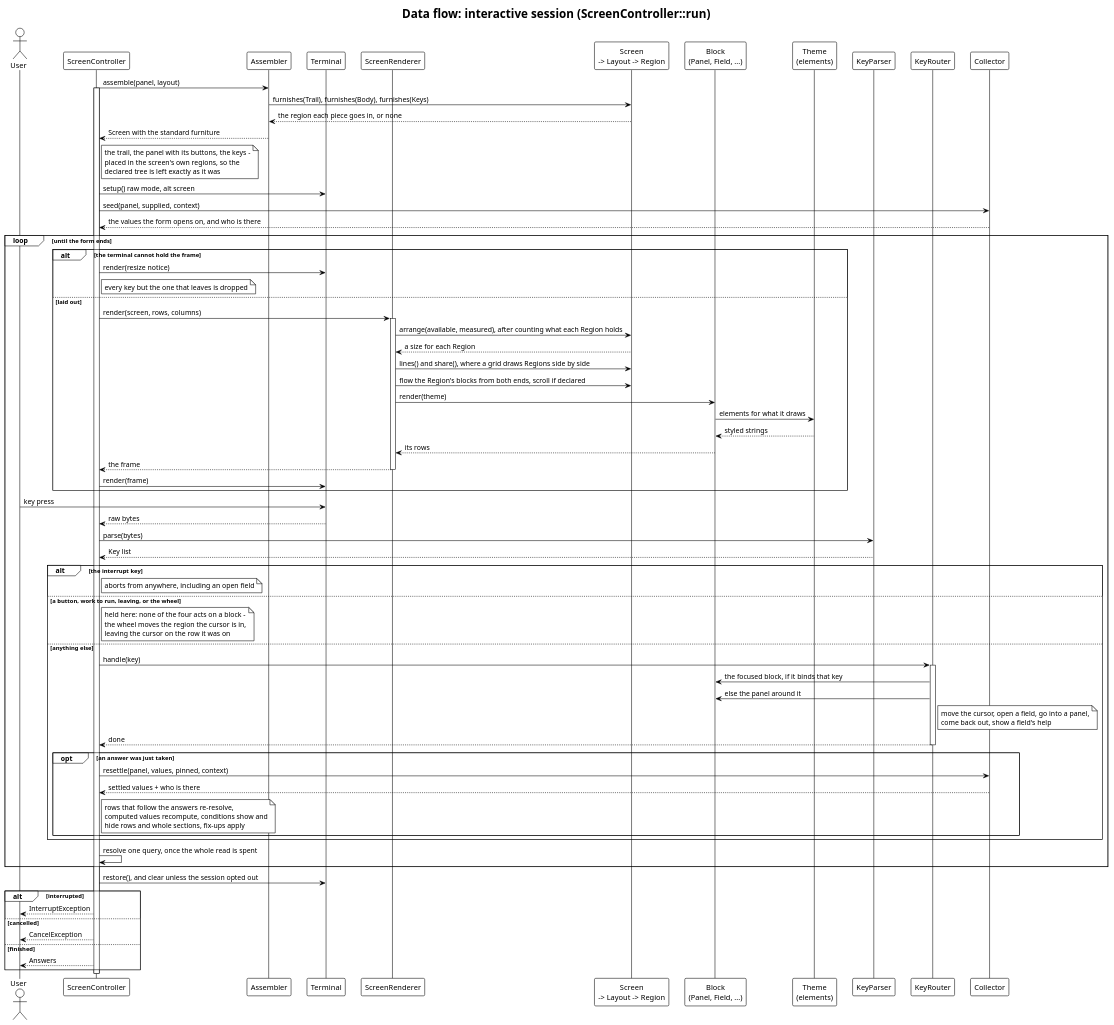
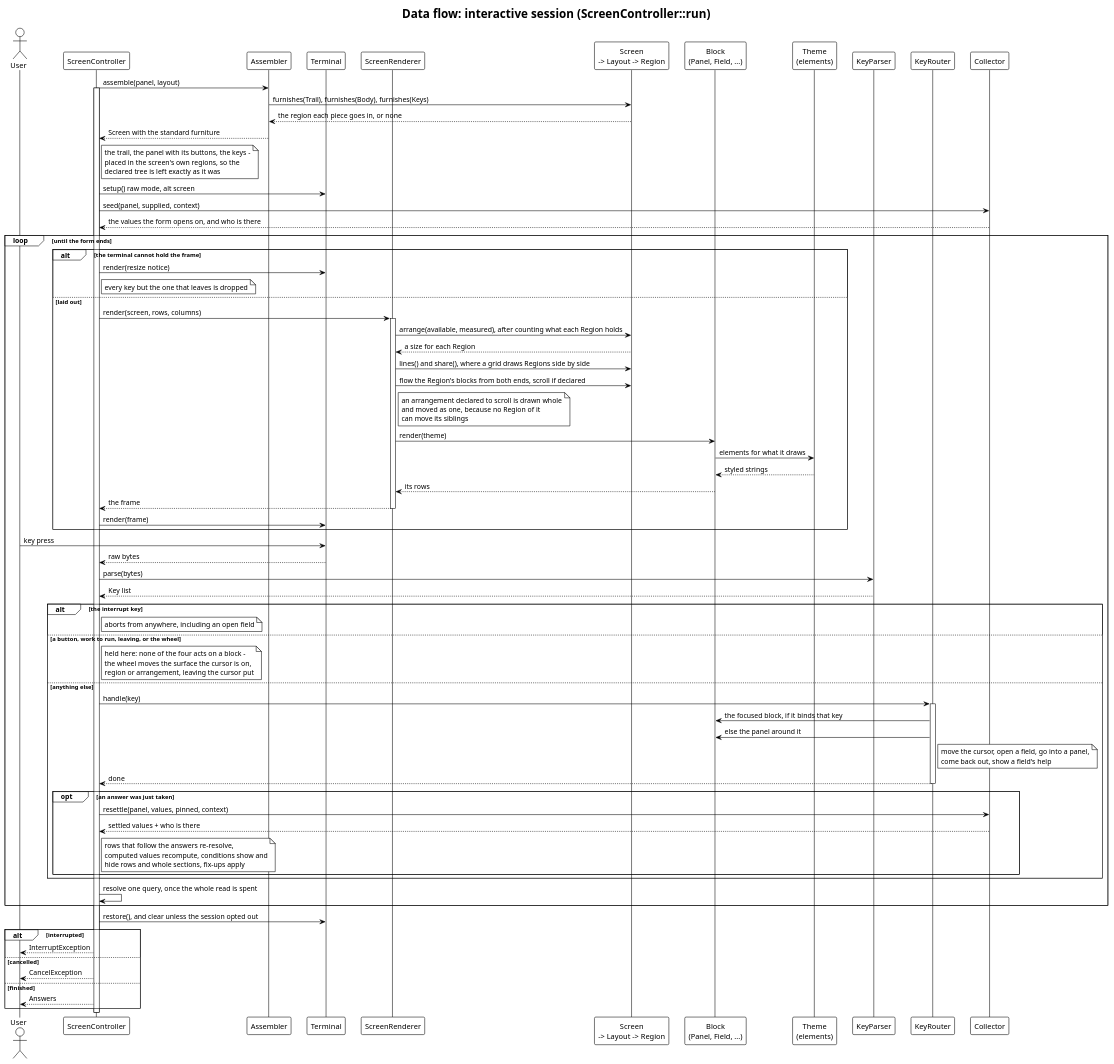
One commit to drevops/phptui changed the diagram in docs/architecture/dataflow-tui.puml. Above: the diagram before and after it, drawn with PlantUML. The commit also changed 30 other files, not shown here.

```diff
--- a/docs/architecture/dataflow-tui.puml
+++ b/docs/architecture/dataflow-tui.puml
@@ -1,94 +1,95 @@
 @startuml
 ' drevops/tui - data flow for the interactive screen session.
 ' Traced from src/Screen/ScreenController.php (run -> paint/handle), with
 ' src/Screen/ScreenRenderer.php drawing outward from the Screen, src/Screen/
 ' KeyRouter.php sending each key inward, src/Input/ resolving a key press to a
 ' semantic action, and src/Screen/Collector.php re-settling after every answer.
 ' Regenerate every SVG with:  plantuml -tsvg docs/architecture/*.puml
 !theme plain
 skinparam backgroundColor white
 skinparam defaultFontName Helvetica
 skinparam shadowing false
 title Data flow: interactive session (ScreenController::run)
 
 actor "User" as User
 participant "ScreenController" as SC
 participant "Assembler" as Asm
 participant "Terminal" as Term
 participant "ScreenRenderer" as SR
 participant "Screen\n-> Layout -> Region" as Screen
 participant "Block\n(Panel, Field, ...)" as Block
 participant "Theme\n(elements)" as Theme
 participant "KeyParser" as KP
 participant "KeyRouter" as KR
 participant "Collector" as Col
 
 SC -> Asm: assemble(panel, layout)
 activate SC
 Asm -> Screen: furnishes(Trail), furnishes(Body), furnishes(Keys)
 Screen --> Asm: the region each piece goes in, or none
 Asm --> SC: Screen with the standard furniture
 note right of SC: the trail, the panel with its buttons, the keys -\nplaced in the screen's own regions, so the\ndeclared tree is left exactly as it was
 
 SC -> Term: setup() raw mode, alt screen
 SC -> Col: seed(panel, supplied, context)
 Col --> SC: the values the form opens on, and who is there
 
 loop until the form ends
   alt the terminal cannot hold the frame
     SC -> Term: render(resize notice)
     note right of SC: every key but the one that leaves is dropped
   else laid out
     SC -> SR: render(screen, rows, columns)
     activate SR
     SR -> Screen: arrange(available, measured), after counting what each Region holds
     Screen --> SR: a size for each Region
     SR -> Screen: lines() and share(), where a grid draws Regions side by side
     SR -> Screen: flow the Region's blocks from both ends, scroll if declared
+    note right of SR: an arrangement declared to scroll is drawn whole\nand moved as one, because no Region of it\ncan move its siblings
     SR -> Block: render(theme)
     Block -> Theme: elements for what it draws
     Theme --> Block: styled strings
     Block --> SR: its rows
     SR --> SC: the frame
     deactivate SR
     SC -> Term: render(frame)
   end
 
   User -> Term: key press
   Term --> SC: raw bytes
   SC -> KP: parse(bytes)
   KP --> SC: Key list
 
   alt the interrupt key
     note right of SC: aborts from anywhere, including an open field
   else a button, work to run, leaving, or the wheel
-    note right of SC: held here: none of the four acts on a block -\nthe wheel moves the region the cursor is in,\nleaving the cursor on the row it was on
+    note right of SC: held here: none of the four acts on a block -\nthe wheel moves the surface the cursor is on,\nregion or arrangement, leaving the cursor put
   else anything else
     SC -> KR: handle(key)
     activate KR
     KR -> Block: the focused block, if it binds that key
     KR -> Block: else the panel around it
     note right of KR: move the cursor, open a field, go into a panel,\ncome back out, show a field's help
     KR --> SC: done
     deactivate KR
 
     opt an answer was just taken
       SC -> Col: resettle(panel, values, pinned, context)
       Col --> SC: settled values + who is there
       note right of SC: rows that follow the answers re-resolve,\ncomputed values recompute, conditions show and\nhide rows and whole sections, fix-ups apply
     end
   end
 
   SC -> SC: resolve one query, once the whole read is spent
 end
 
 SC -> Term: restore(), and clear unless the session opted out
 alt interrupted
   SC --> User: InterruptException
 else cancelled
   SC --> User: CancelException
 else finished
   SC --> User: Answers
 end
 deactivate SC
 @enduml
```
